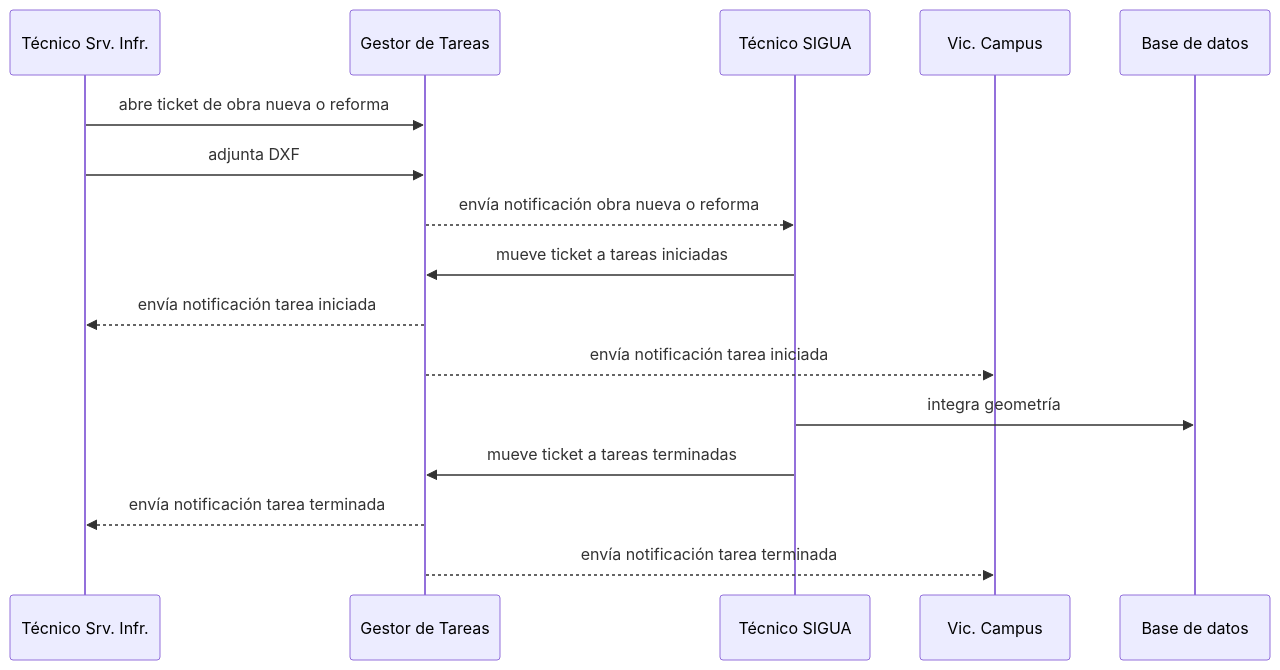
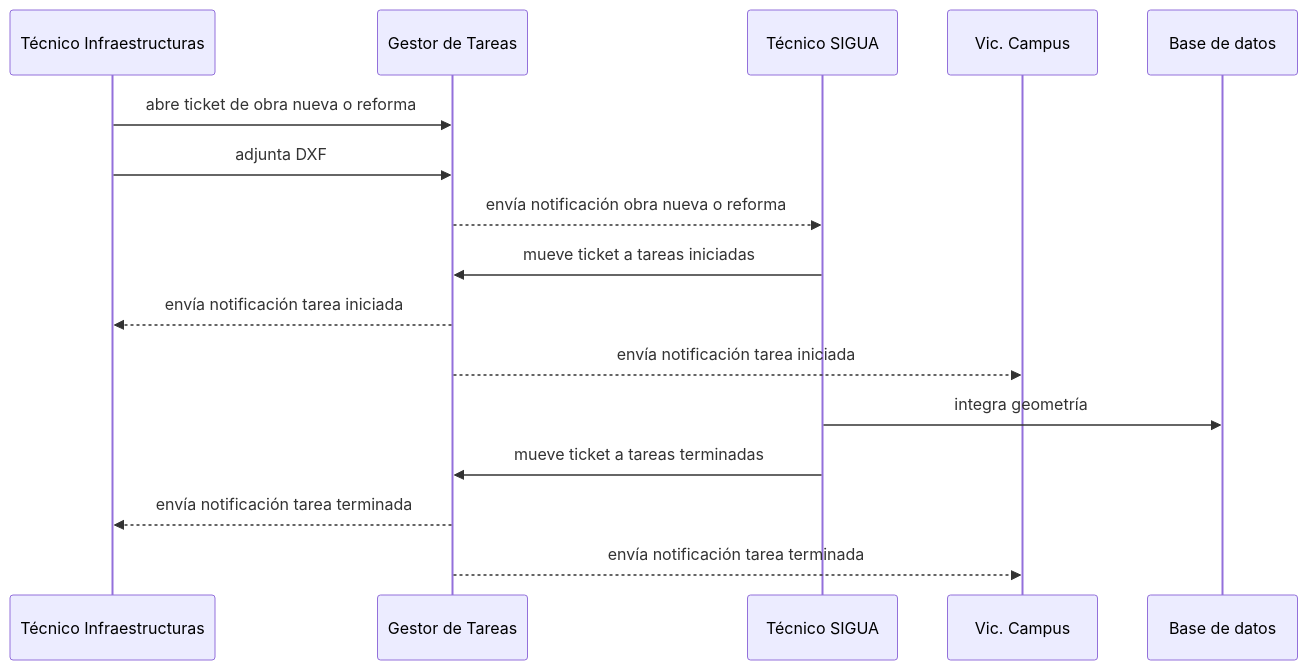
One commit to labgeo/ua-mods changed the diagram in ds01-2.md. Above: the diagram before and after it, drawn with Mermaid.

```diff
--- a/ds01-2.md
+++ b/ds01-2.md
@@ -5,13 +5,13 @@
 {% mermaid %}
 sequenceDiagram;
-  Técnico Srv. Infr.->>Gestor de Tareas: abre ticket de obra nueva o reforma;
-  Técnico Srv. Infr.->>Gestor de Tareas: adjunta DXF;
+  Técnico Infraestructuras->>Gestor de Tareas: abre ticket de obra nueva o reforma;
+  Técnico Infraestructuras->>Gestor de Tareas: adjunta DXF;
   Gestor de Tareas-->>Técnico SIGUA: envía notificación obra nueva o reforma;
   Técnico SIGUA->>Gestor de Tareas: mueve ticket a tareas iniciadas;
-  Gestor de Tareas-->>Técnico Srv. Infr.: envía notificación tarea iniciada;
+  Gestor de Tareas-->>Técnico Infraestructuras: envía notificación tarea iniciada;
   Gestor de Tareas-->>Vic. Campus: envía notificación tarea iniciada;
   Técnico SIGUA->>Base de datos: integra geometría;
   Técnico SIGUA->>Gestor de Tareas: mueve ticket a tareas terminadas;
-  Gestor de Tareas-->>Técnico Srv. Infr.: envía notificación tarea terminada;
+  Gestor de Tareas-->>Técnico Infraestructuras: envía notificación tarea terminada;
   Gestor de Tareas-->>Vic. Campus: envía notificación tarea terminada;
 {% endmermaid %}
```
